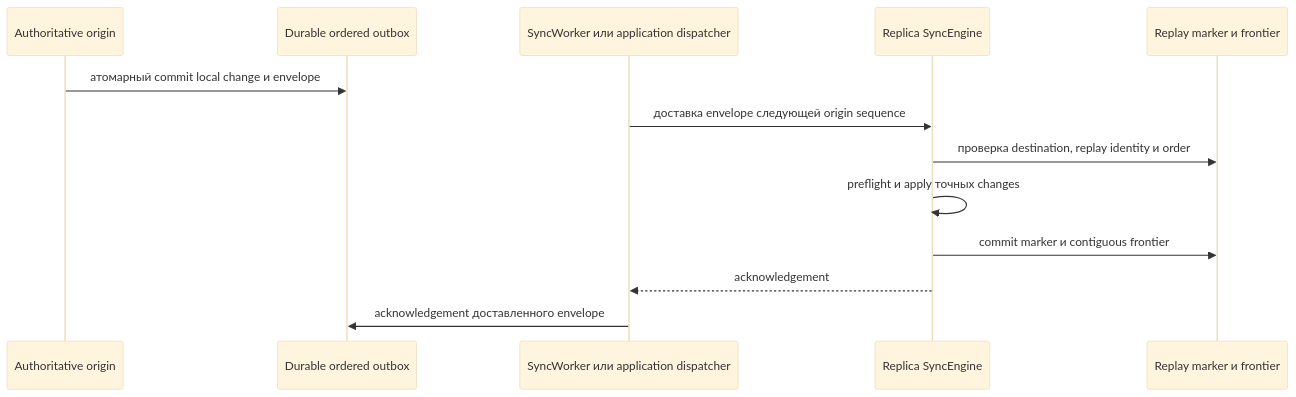
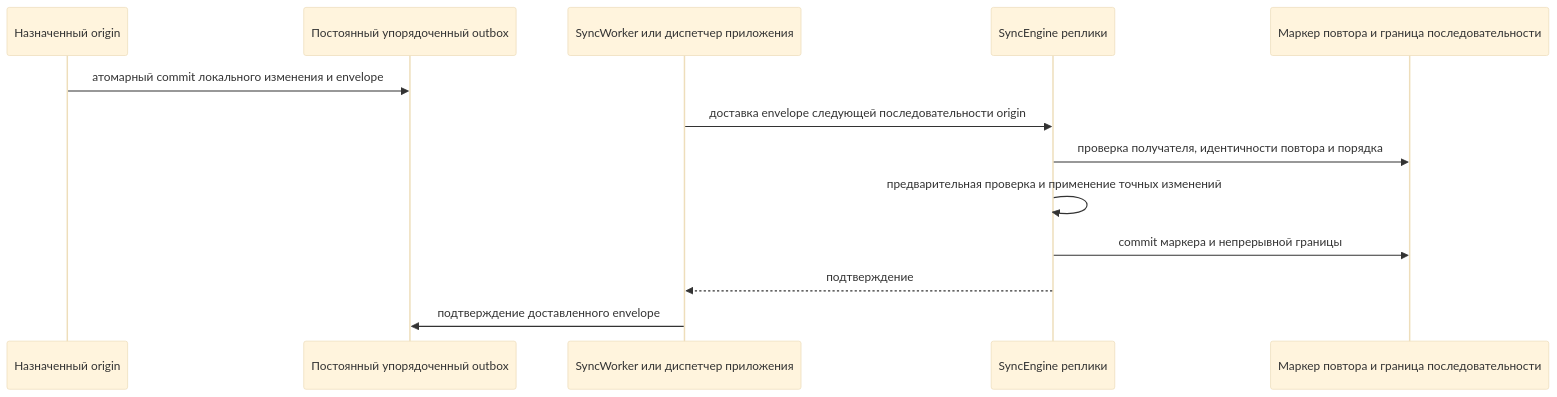
One commit to LimiNode/mdbx-containers changed the second of 2 diagrams in docs/sync-logical-RU.md. Above: the diagram before and after it, drawn with Mermaid (base theme). The commit also changed other lines of this file and 2 other files, not shown here.

Commit message:
docs(ru): localize sync diagrams
Translate explanatory Mermaid labels in the Russian synchronization guides while preserving formal API and protocol identifiers.

````diff
--- a/docs/sync-logical-RU.md
+++ b/docs/sync-logical-RU.md
@@ -76,16 +76,16 @@
 ```mermaid
 sequenceDiagram
-    participant O as Authoritative origin
-    participant Outbox as Durable ordered outbox
-    participant D as SyncWorker или application dispatcher
-    participant R as Replica SyncEngine
-    participant State as Replay marker и frontier
+    participant O as Назначенный origin
+    participant Outbox as Постоянный упорядоченный outbox
+    participant D as SyncWorker или диспетчер приложения
+    participant R as SyncEngine реплики
+    participant State as Маркер повтора и граница последовательности
 
-    O->>Outbox: атомарный commit local change и envelope
-    D->>R: доставка envelope следующей origin sequence
-    R->>State: проверка destination, replay identity и order
-    R->>R: preflight и apply точных changes
-    R->>State: commit marker и contiguous frontier
-    R-->>D: acknowledgement
-    D->>Outbox: acknowledgement доставленного envelope
+    O->>Outbox: атомарный commit локального изменения и envelope
+    D->>R: доставка envelope следующей последовательности origin
+    R->>State: проверка получателя, идентичности повтора и порядка
+    R->>R: предварительная проверка и применение точных изменений
+    R->>State: commit маркера и непрерывной границы
+    R-->>D: подтверждение
+    D->>Outbox: подтверждение доставленного envelope
 ```
````
